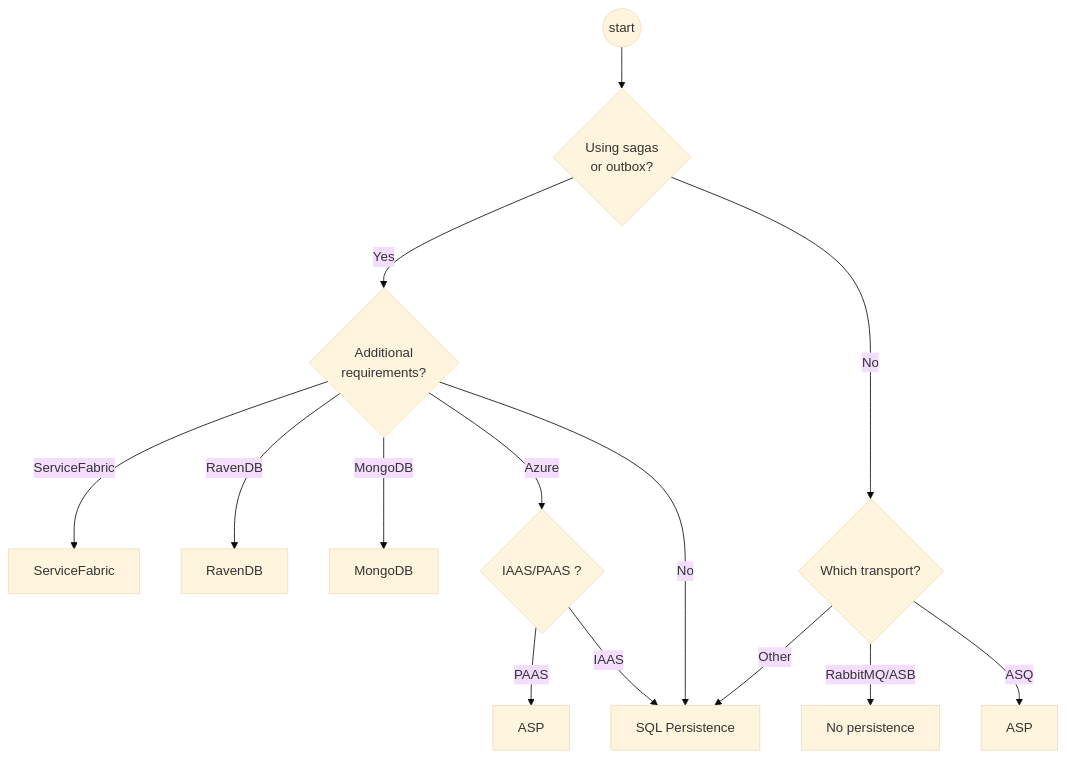
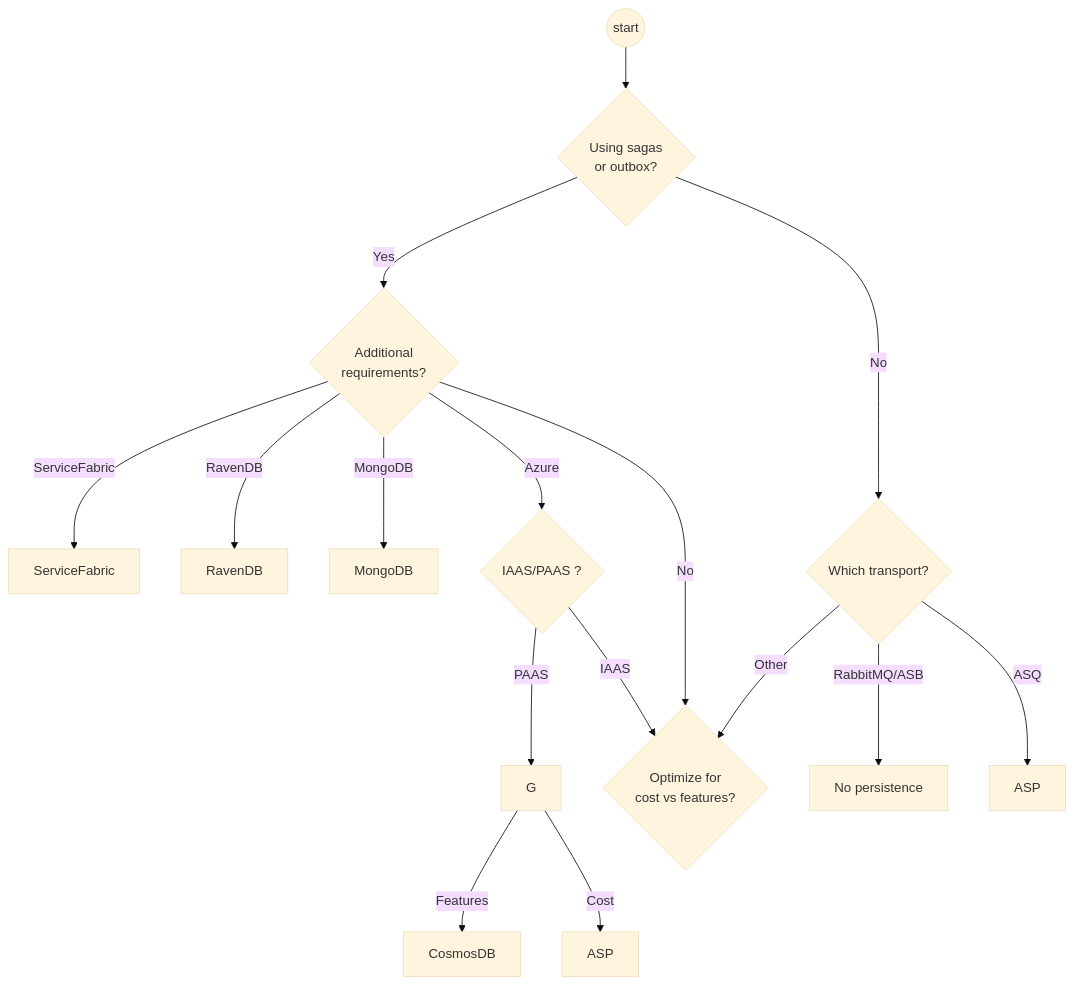
The diagram in persistence/selecting.md (Particular/docs.particular.net), drawn with Mermaid (base theme) before and after one commit.

Commit message:
update mermaid

````diff
--- a/persistence/selecting.md
+++ b/persistence/selecting.md
@@ -27,16 +27,18 @@
 ```mermaid
 graph TD
 start((start)) --> A{Using sagas<br /> or outbox?}
 A -->  |Yes|B{Additional<br />requirements?}
 A --> |No| I{Which transport?}
 I --> |Other|L[SQL Persistence]
 I --> |RabbitMQ/ASB|J[No persistence]
 I --> |ASQ|K[ASP]
 B --> |ServiceFabric|C[ServiceFabric]
 B --> |RavenDB|E[RavenDB]
 B --> |MongoDB|M[MongoDB]
 B --> |Azure|Q{IAAS/PAAS ?}
 B --> |No|L
-Q --> |PAAS|S[ASP]
-Q --> |IAAS|L
+Q --> |PAAS|G
+Q --> |IAAS|L{Optimize for<br /> cost vs features?}
+G --> |Features|N[CosmosDB]
+G --> |Cost|S[ASP]
 ```
````
